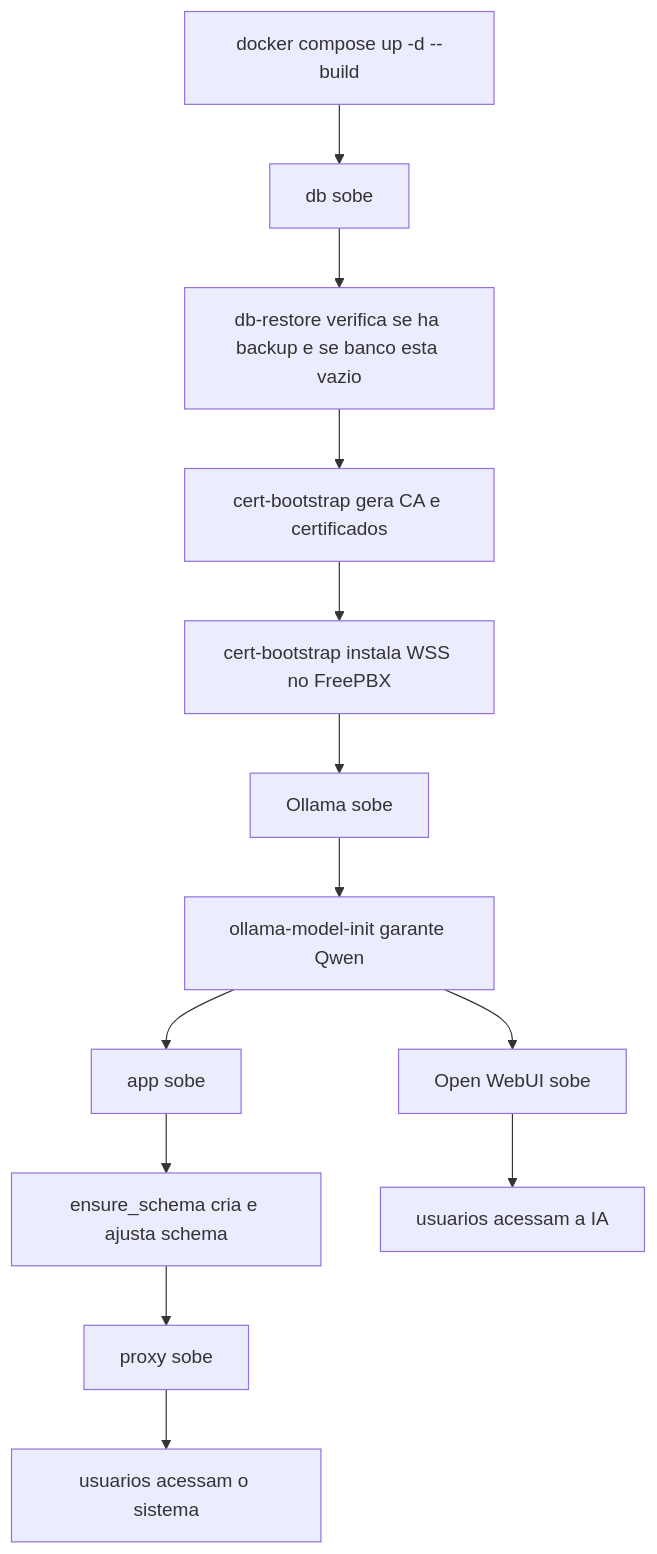
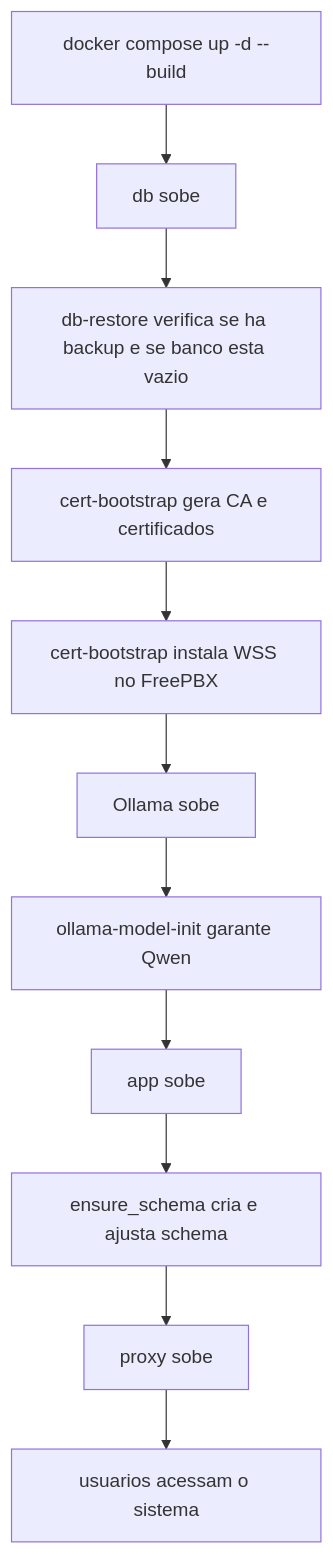
The second of 9 diagrams in apps/riob/source/docs/ARQUITETURA_SISTEMA.md (renansc/NanotechSoft), drawn with Mermaid before and after one commit. The commit also changed other lines of this file and 25 other files, not shown here.

````diff
--- a/apps/riob/source/docs/ARQUITETURA_SISTEMA.md
+++ b/apps/riob/source/docs/ARQUITETURA_SISTEMA.md
@@ -186,15 +185,13 @@
 ```mermaid
 flowchart TD
     A[docker compose up -d --build] --> B[db sobe]
     B --> C[db-restore verifica se ha backup e se banco esta vazio]
     C --> D[cert-bootstrap gera CA e certificados]
     D --> E[cert-bootstrap instala WSS no FreePBX]
     E --> F[Ollama sobe]
     F --> G[ollama-model-init garante Qwen]
-    G --> H[Open WebUI sobe]
     G --> I[app sobe]
     I --> J[ensure_schema cria e ajusta schema]
     J --> K[proxy sobe]
-    H --> L[usuarios acessam a IA]
     K --> M[usuarios acessam o sistema]
 ```
````
